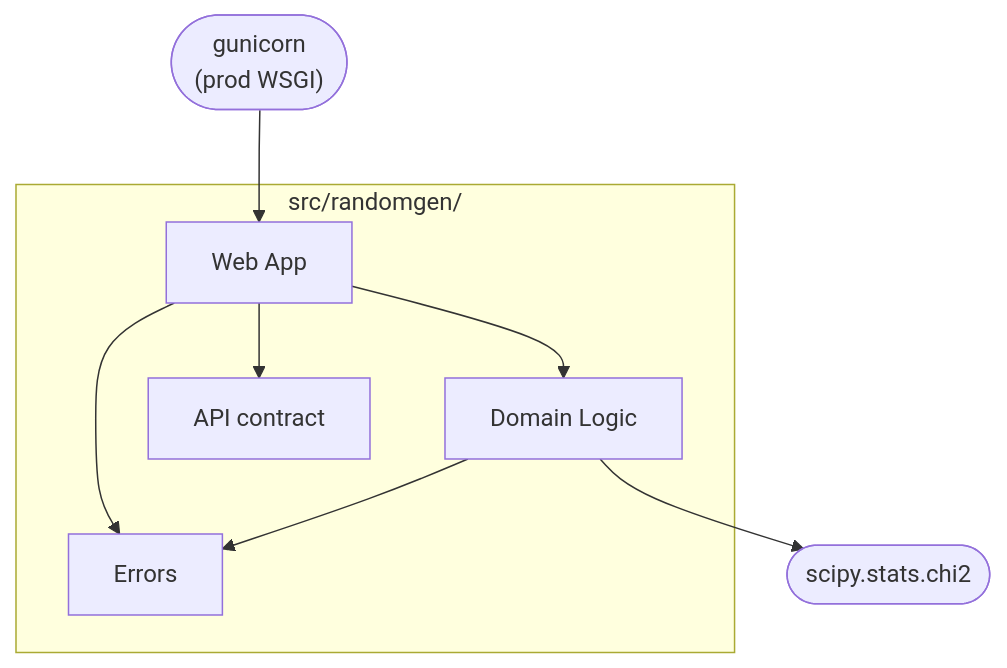
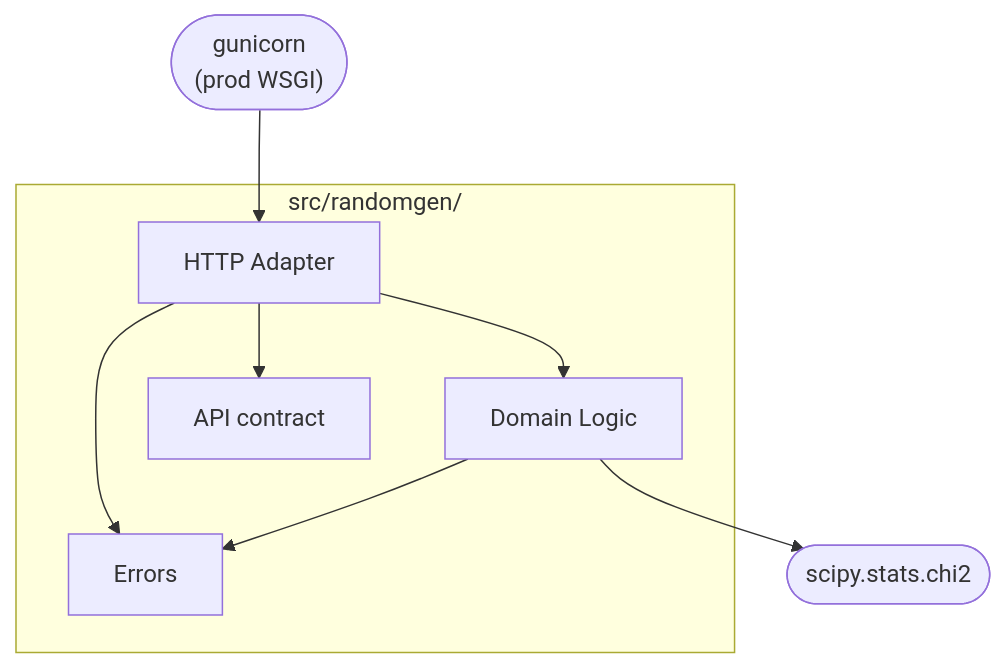
The first of 5 diagrams in docs/arc42/05-building-block-view.md (braboj/demo-randomgen), drawn with Mermaid before and after one commit. The commit also changed other lines of this file, not shown here.

First line of the commit message:
docs(arc42): rename the Web App block to HTTP Adapter

````diff
--- a/docs/arc42/05-building-block-view.md
+++ b/docs/arc42/05-building-block-view.md
@@ -8,19 +8,19 @@
 ```mermaid
 flowchart TD
     gunicorn(["gunicorn<br/>(prod WSGI)"])
     scipy(["scipy.stats.chi2"])
 
     subgraph pkg["src/randomgen/"]
-        web["Web App"]
+        web["HTTP Adapter"]
         domain["Domain Logic"]
         contract["API contract"]
         errors["Errors"]
     end
 
     gunicorn --> web
     web --> domain
     web --> contract
     web --> errors
     domain --> errors
     domain --> scipy
 ```
````
